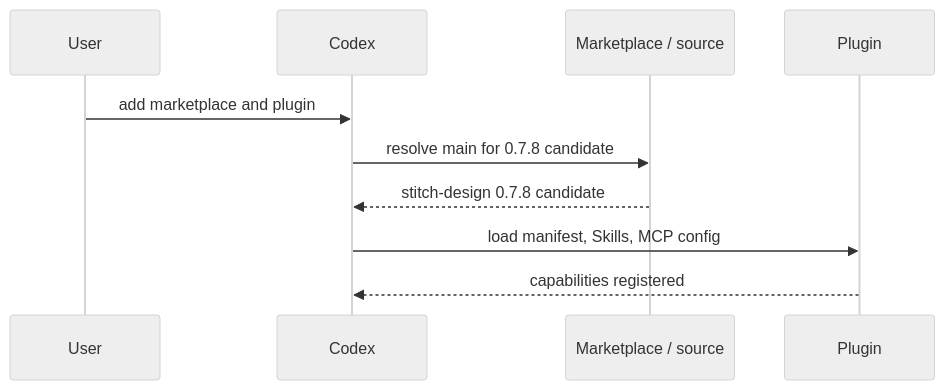
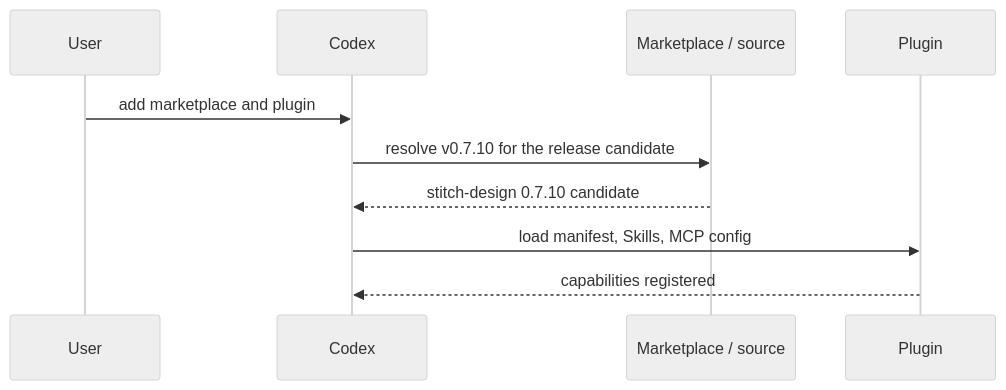
The seventh of 11 diagrams in docs/Stitch-Design-Architecture.md (full-stack-plugins/stitch-design-plugin), drawn with Mermaid (neutral theme) before and after one commit. The commit also changed other lines of this file and 34 other files, not shown here.

````diff
--- a/docs/Stitch-Design-Architecture.md
+++ b/docs/Stitch-Design-Architecture.md
@@ -175,12 +175,12 @@
 ```mermaid
 sequenceDiagram
     participant U as User
     participant C as Codex
     participant M as Marketplace / source
     participant P as Plugin
     U->>C: add marketplace and plugin
-    C->>M: resolve main for 0.7.8 candidate
-    M-->>C: stitch-design 0.7.8 candidate
+    C->>M: resolve v0.7.10 for the release candidate
+    M-->>C: stitch-design 0.7.10 candidate
     C->>P: load manifest, Skills, MCP config
     P-->>C: capabilities registered
 ```
````
